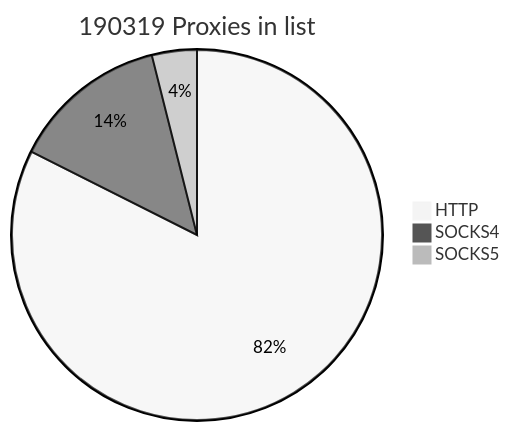
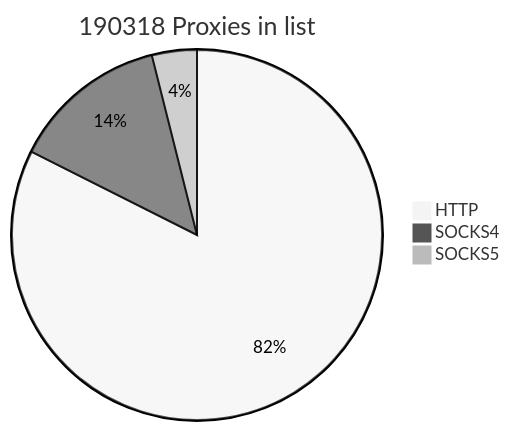
Before and after one commit to cutipu/proxylist: the first of 2 diagrams in README.md, drawn with Mermaid (neutral theme). The commit also changed other lines of this file, not shown here.

````diff
--- a/README.md
+++ b/README.md
@@ -2,7 +2,7 @@
 ```mermaid
-pie title 190319 Proxies in list
+pie title 190318 Proxies in list
     "HTTP" : 156872
-    "SOCKS4" : 25982
+    "SOCKS4" : 25981
     "SOCKS5" : 7465
             
 ```
````
